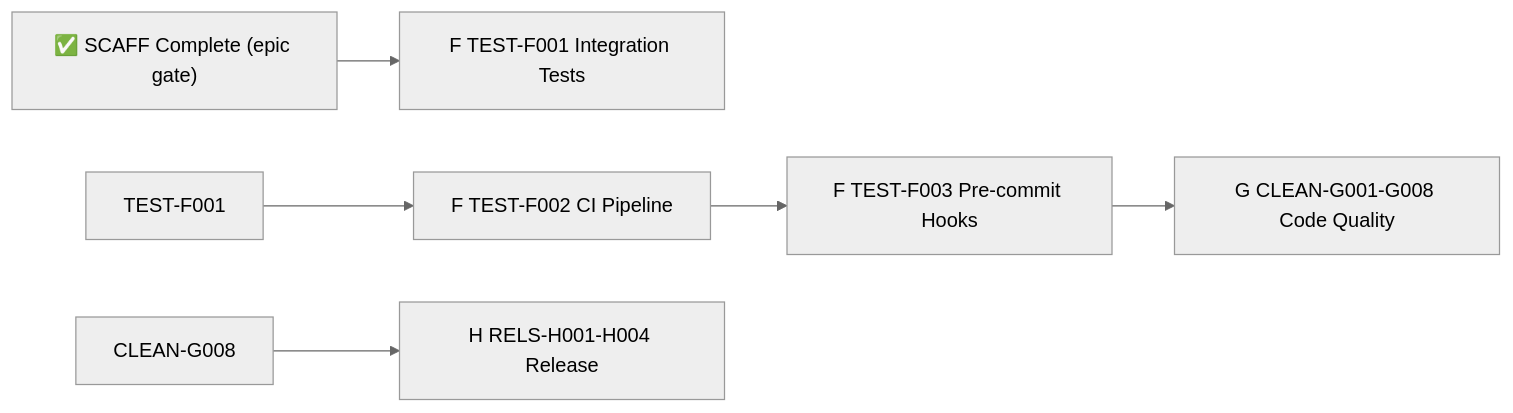
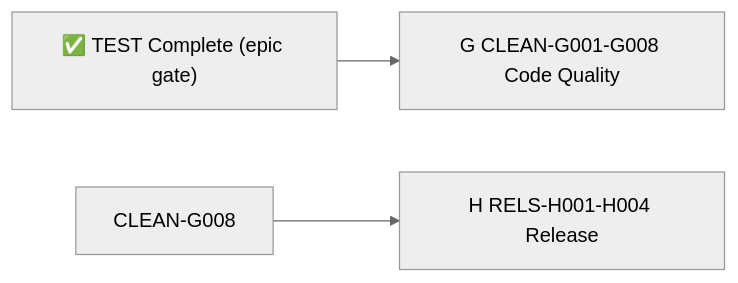
The diagram in .constitution/tasks/critical-path.md (Tuvren/skillprism), drawn with Mermaid (neutral theme) before and after one commit. The commit also changed other lines of this file and 22 other files, not shown here.

````diff
--- a/.constitution/tasks/critical-path.md
+++ b/.constitution/tasks/critical-path.md
@@ -16,10 +16,6 @@
 ```mermaid
 flowchart LR
-  SCAFF_DONE["✅ SCAFF Complete (epic gate)"]
-  SCAFF_DONE --> TEST_F["F TEST-F001 Integration Tests"]
-
-  TEST-F001 --> TEST-F002["F TEST-F002 CI Pipeline"]
-  TEST-F002 --> TEST-F003["F TEST-F003 Pre-commit Hooks"]
-  TEST-F003 --> CLEAN-G001["G CLEAN-G001-G008 Code Quality"]
+  TEST_DONE["✅ TEST Complete (epic gate)"]
+  TEST_DONE --> CLEAN-G001["G CLEAN-G001-G008 Code Quality"]
   CLEAN-G008 --> RELS-H001["H RELS-H001-H004 Release"]
 ```
````
